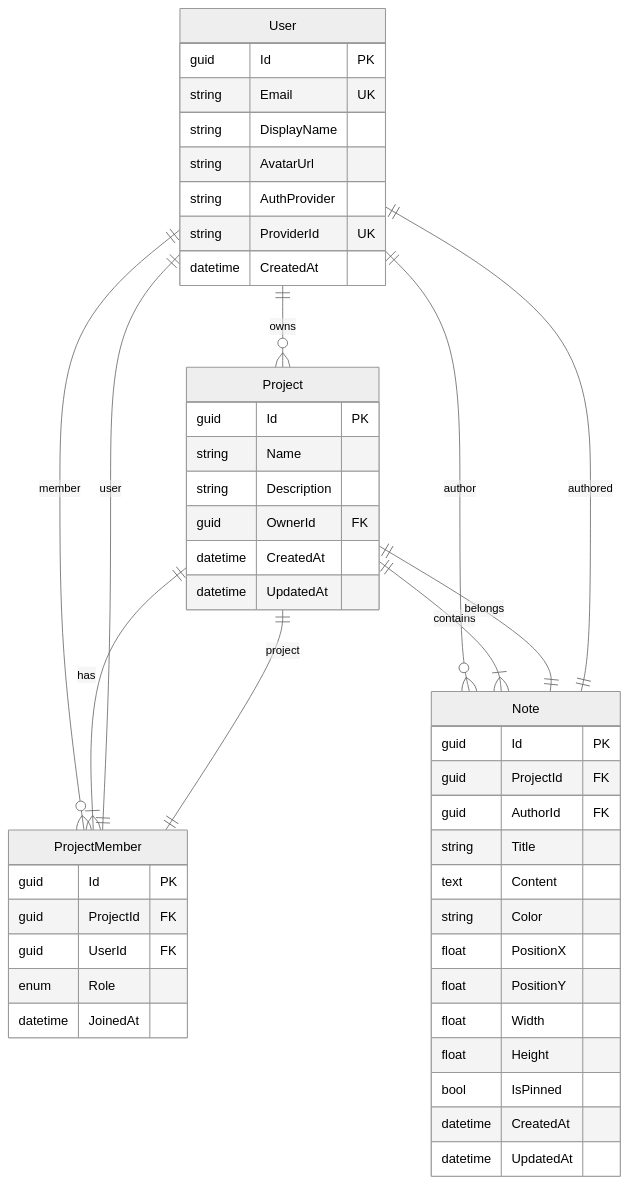
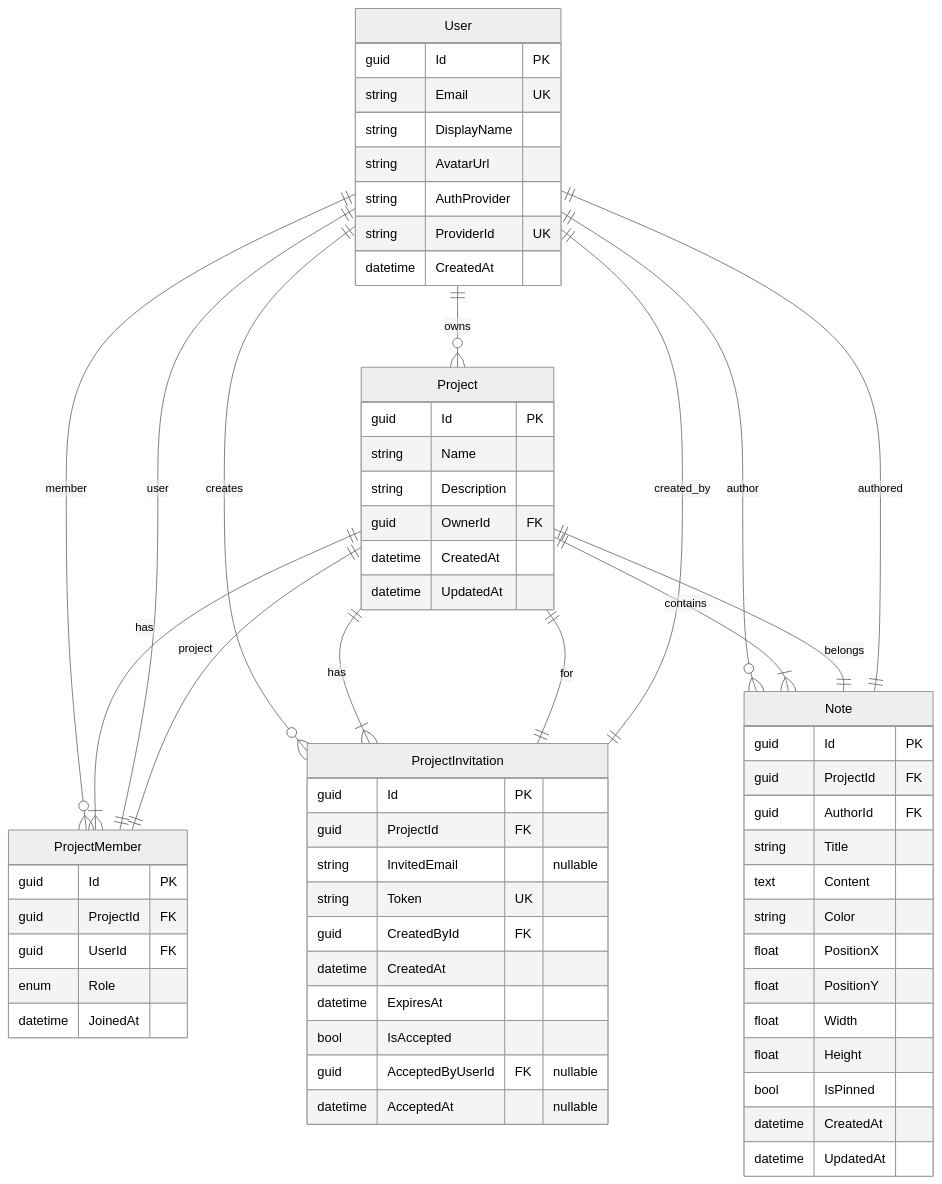
One commit to Archebiz/OpenStickyMemos changed the second of 5 diagrams in docs/ARCHITECTURE.md. Above: the diagram before and after it, drawn with Mermaid (neutral theme). The commit also changed other lines of this file and 20 other files, not shown here.

````diff
--- a/docs/ARCHITECTURE.md
+++ b/docs/ARCHITECTURE.md
@@ -50,55 +50,72 @@
 ```mermaid
 erDiagram
     User ||--o{ Project : owns
     User ||--o{ ProjectMember : member
+    User ||--o{ ProjectInvitation : creates
     User ||--o{ Note : author
     Project ||--|{ ProjectMember : has
+    Project ||--|{ ProjectInvitation : has
     Project ||--|{ Note : contains
     ProjectMember ||--|| User : user
     ProjectMember ||--|| Project : project
+    ProjectInvitation ||--|| Project : for
+    ProjectInvitation ||--|| User : created_by
     Note ||--|| Project : belongs
     Note ||--|| User : authored
 
     User {
         guid Id PK
         string Email UK
         string DisplayName
         string AvatarUrl
         string AuthProvider
         string ProviderId UK
         datetime CreatedAt
     }
 
     Project {
         guid Id PK
         string Name
         string Description
         guid OwnerId FK
         datetime CreatedAt
         datetime UpdatedAt
     }
 
     ProjectMember {
         guid Id PK
         guid ProjectId FK
         guid UserId FK
         enum Role
         datetime JoinedAt
     }
 
+    ProjectInvitation {
+        guid Id PK
+        guid ProjectId FK
+        string InvitedEmail "nullable"
+        string Token UK
+        guid CreatedById FK
+        datetime CreatedAt
+        datetime ExpiresAt
+        bool IsAccepted
+        guid AcceptedByUserId FK "nullable"
+        datetime AcceptedAt "nullable"
+    }
+
     Note {
         guid Id PK
         guid ProjectId FK
         guid AuthorId FK
         string Title
         text Content
         string Color
         float PositionX
         float PositionY
         float Width
         float Height
         bool IsPinned
         datetime CreatedAt
         datetime UpdatedAt
     }
 ```
````
